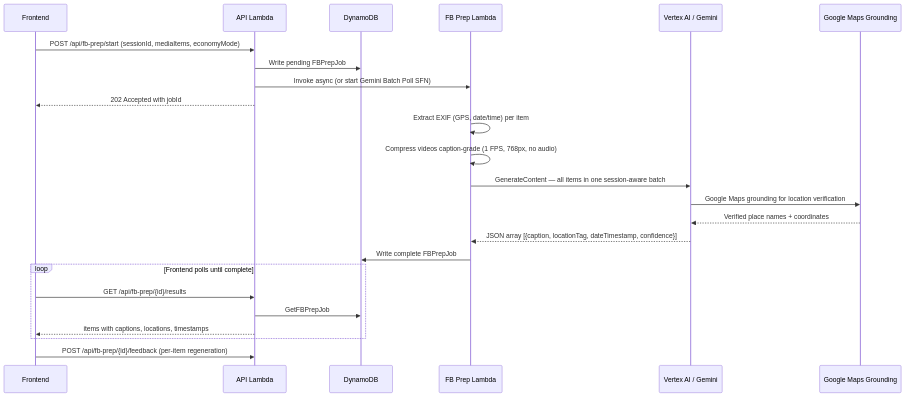
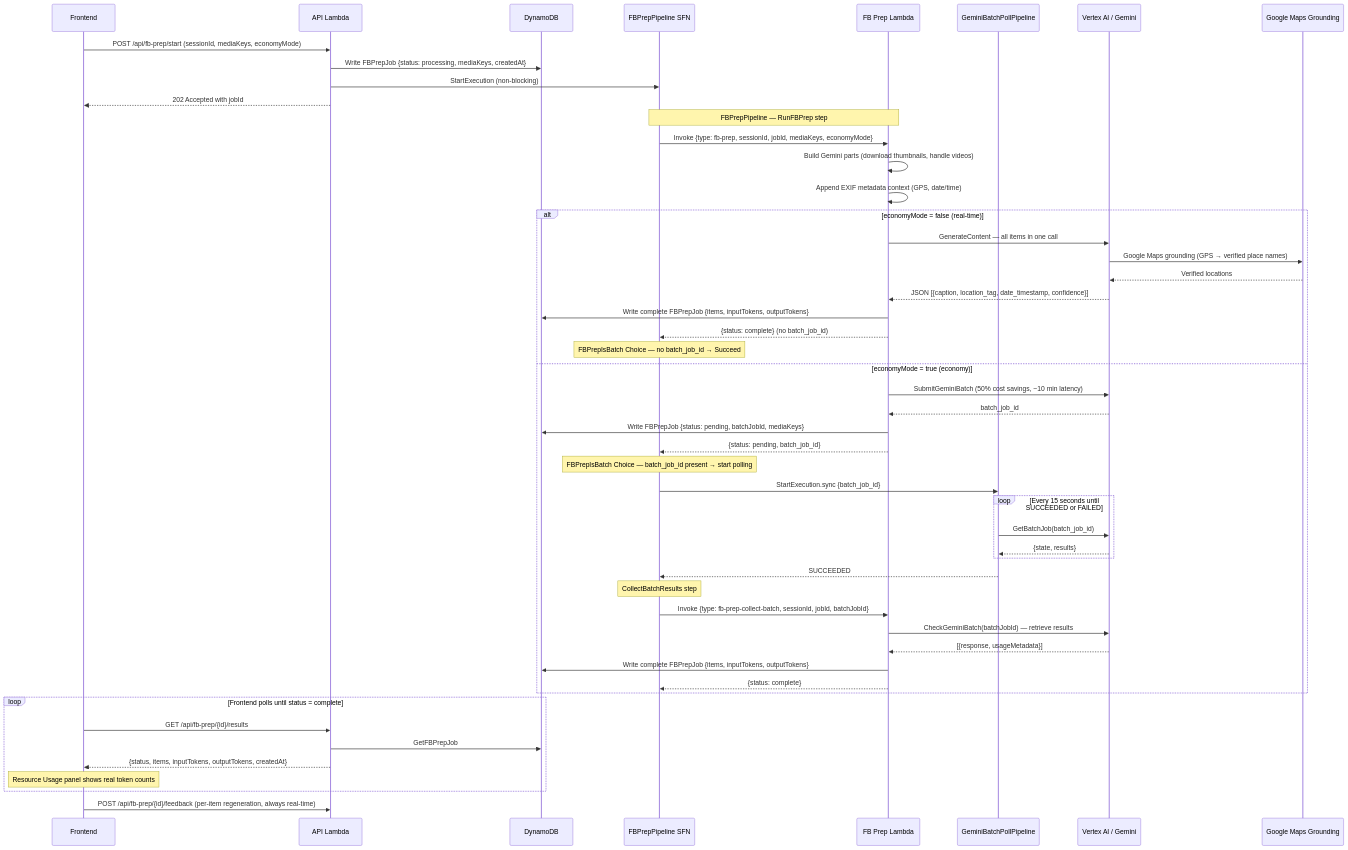
Before and after one commit to francis-pang/ai-social-media-helper: the seventh of 8 diagrams in docs/architecture.md, drawn with Mermaid. The commit also changed other lines of this file, not shown here.

Commit message:
docs: update architecture.md for FBPrepPipeline SFN (DDR-082)
- Fix FB Prep Lambda specs: Light container, 5 min timeout (was Heavy, 10 min)
- Update Async Job Dispatch: Step Functions StartExecution (was invokeAsync)
- Update Processing Lambda Entrypoints: FBPrepPipeline, two event types
- Add FB Prep Lambda node to Cloud Architecture diagram
- Rewrite FB Prep Workflow sequence diagram with economy/real-time branches
- Add DDR-082 to Related Documents

Made-with: Cursor

````diff
--- a/docs/architecture.md
+++ b/docs/architecture.md
@@ -497,30 +500,66 @@
 ```mermaid
 sequenceDiagram
     participant FE as Frontend
     participant API as API Lambda
     participant DB as DynamoDB
+    participant SFN as FBPrepPipeline SFN
     participant FBP as FB Prep Lambda
+    participant BatchPoll as GeminiBatchPollPipeline
     participant Gemini as Vertex AI / Gemini
     participant Maps as Google Maps Grounding
 
-    FE->>API: POST /api/fb-prep/start (sessionId, mediaItems, economyMode)
-    API->>DB: Write pending FBPrepJob
-    API->>FBP: Invoke async (or start Gemini Batch Poll SFN)
+    FE->>API: POST /api/fb-prep/start (sessionId, mediaKeys, economyMode)
+    API->>DB: Write FBPrepJob {status: processing, mediaKeys, createdAt}
+    API->>SFN: StartExecution (non-blocking)
     API-->>FE: 202 Accepted with jobId
 
-    FBP->>FBP: Extract EXIF (GPS, date/time) per item
-    FBP->>FBP: Compress videos caption-grade (1 FPS, 768px, no audio)
-    FBP->>Gemini: GenerateContent — all items in one session-aware batch
-    Gemini->>Maps: Google Maps grounding for location verification
-    Maps-->>Gemini: Verified place names + coordinates
-    Gemini-->>FBP: JSON array [{caption, locationTag, dateTimestamp, confidence}]
-    FBP->>DB: Write complete FBPrepJob
+    Note over SFN,FBP: FBPrepPipeline — RunFBPrep step
 
-    loop Frontend polls until complete
+    SFN->>FBP: Invoke {type: fb-prep, sessionId, jobId, mediaKeys, economyMode}
+    FBP->>FBP: Build Gemini parts (download thumbnails, handle videos)
+    FBP->>FBP: Append EXIF metadata context (GPS, date/time)
+
+    alt economyMode = false (real-time)
+        FBP->>Gemini: GenerateContent — all items in one call
+        Gemini->>Maps: Google Maps grounding (GPS → verified place names)
+        Maps-->>Gemini: Verified locations
+        Gemini-->>FBP: JSON [{caption, location_tag, date_timestamp, confidence}]
+        FBP->>DB: Write complete FBPrepJob {items, inputTokens, outputTokens}
+        FBP-->>SFN: {status: complete} (no batch_job_id)
+
+        Note over SFN: FBPrepIsBatch Choice — no batch_job_id → Succeed
+
+    else economyMode = true (economy)
+        FBP->>Gemini: SubmitGeminiBatch (50% cost savings, ~10 min latency)
+        Gemini-->>FBP: batch_job_id
+        FBP->>DB: Write FBPrepJob {status: pending, batchJobId, mediaKeys}
+        FBP-->>SFN: {status: pending, batch_job_id}
+
+        Note over SFN: FBPrepIsBatch Choice — batch_job_id present → start polling
+
+        SFN->>BatchPoll: StartExecution.sync {batch_job_id}
+
+        loop Every 15 seconds until SUCCEEDED or FAILED
+            BatchPoll->>Gemini: GetBatchJob(batch_job_id)
+            Gemini-->>BatchPoll: {state, results}
+        end
+        BatchPoll-->>SFN: SUCCEEDED
+
+        Note over SFN: CollectBatchResults step
+
+        SFN->>FBP: Invoke {type: fb-prep-collect-batch, sessionId, jobId, batchJobId}
+        FBP->>Gemini: CheckGeminiBatch(batchJobId) — retrieve results
+        Gemini-->>FBP: [{response, usageMetadata}]
+        FBP->>DB: Write complete FBPrepJob {items, inputTokens, outputTokens}
+        FBP-->>SFN: {status: complete}
+    end
+
+    loop Frontend polls until status = complete
         FE->>API: GET /api/fb-prep/{id}/results
         API->>DB: GetFBPrepJob
-        API-->>FE: items with captions, locations, timestamps
+        API-->>FE: {status, items, inputTokens, outputTokens, createdAt}
+        Note over FE: Resource Usage panel shows real token counts
     end
 
-    FE->>API: POST /api/fb-prep/{id}/feedback (per-item regeneration)
+    FE->>API: POST /api/fb-prep/{id}/feedback (per-item regeneration, always real-time)
 ```
````
